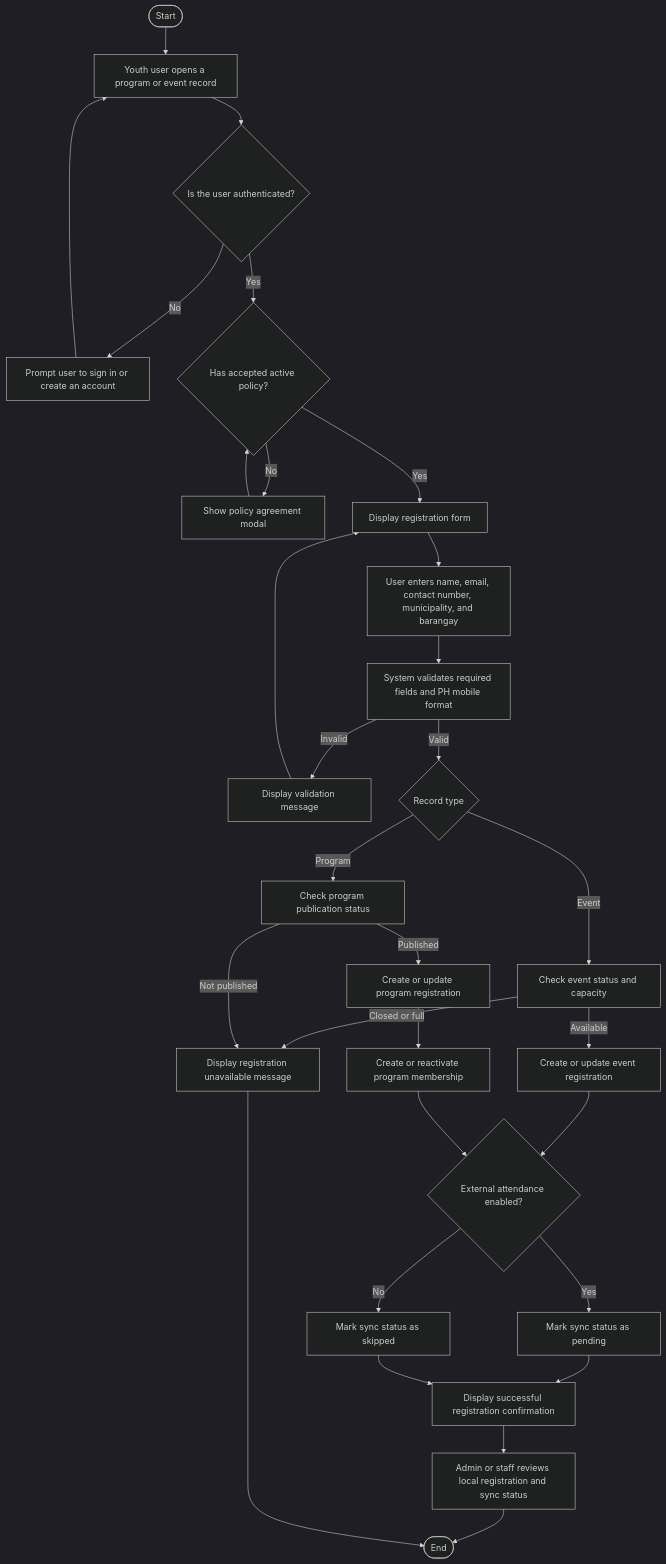
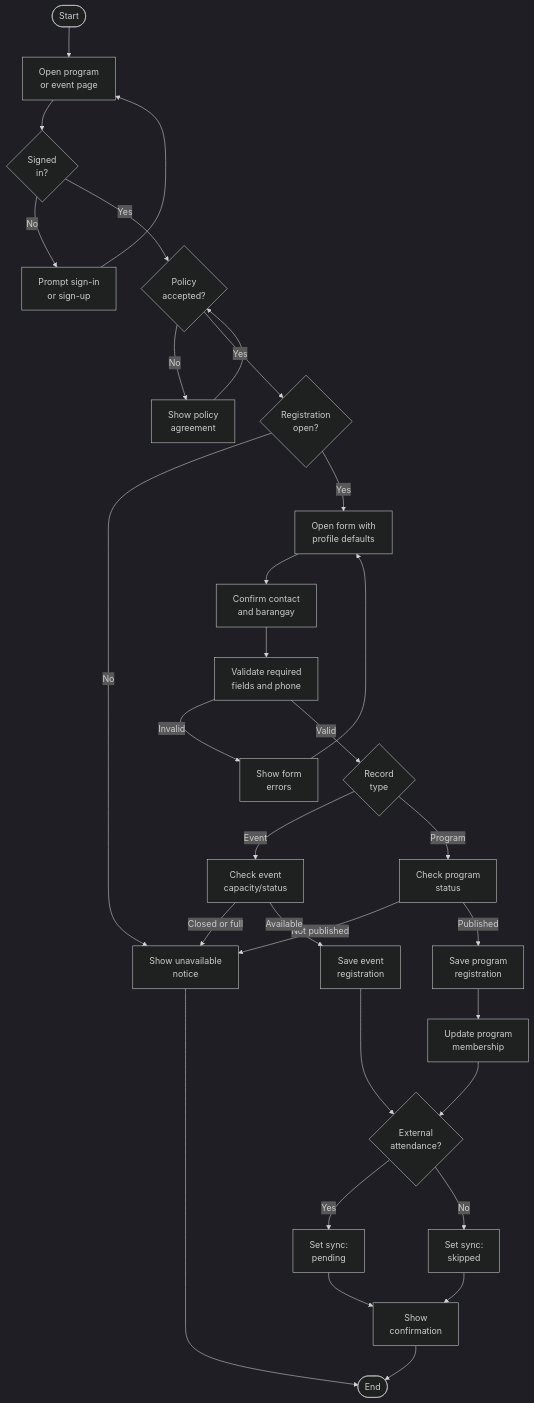
Before and after one commit to txiaoqt/lydo-connect-org-focused: the third of 7 diagrams in Methodology/3.2.1-Activity-Diagram.md, drawn with Mermaid (dark theme). The commit also changed other lines of this file and 5 other files, not shown here.

````diff
--- a/Methodology/3.2.1-Activity-Diagram.md
+++ b/Methodology/3.2.1-Activity-Diagram.md
@@ -30,32 +63,34 @@
 ```mermaid
+%%{init: {"flowchart": {"htmlLabels": true, "nodeSpacing": 45, "rankSpacing": 55}} }%%
 flowchart TD
-    A([Start]) --> B[Youth user opens a program or event record]
-    B --> C{Is the user authenticated?}
-    C -- No --> D[Prompt user to sign in or create an account]
+    A([Start]) --> B["Open program<br/>or event page"]
+    B --> C{"Signed<br/>in?"}
+    C -- No --> D["Prompt sign-in<br/>or sign-up"]
     D --> B
-    C -- Yes --> E{Has accepted active policy?}
-    E -- No --> F[Show policy agreement modal]
+    C -- Yes --> E{"Policy<br/>accepted?"}
+    E -- No --> F["Show policy<br/>agreement"]
     F --> E
-    E -- Yes --> G[Display registration form]
-    G --> H[User enters name, email, contact number, municipality, and barangay]
-    H --> I[System validates required fields and PH mobile format]
-    I -- Invalid --> J[Display validation message]
-    J --> G
-    I -- Valid --> K{Record type}
-    K -- Event --> L[Check event status and capacity]
-    K -- Program --> M[Check program publication status]
-    L -- Closed or full --> N[Display registration unavailable message]
-    M -- Not published --> N
-    L -- Available --> O[Create or update event registration]
-    M -- Published --> P[Create or update program registration]
-    P --> Q[Create or reactivate program membership]
-    O --> R{External attendance enabled?}
-    Q --> R
-    R -- Yes --> S[Mark sync status as pending]
-    R -- No --> T[Mark sync status as skipped]
-    S --> U[Display successful registration confirmation]
-    T --> U
-    U --> V[Admin or staff reviews local registration and sync status]
+    E -- Yes --> G{"Registration<br/>open?"}
+    G -- No --> H["Show unavailable<br/>notice"]
+    G -- Yes --> I["Open form with<br/>profile defaults"]
+    I --> J["Confirm contact<br/>and barangay"]
+    J --> K["Validate required<br/>fields and phone"]
+    K -- Invalid --> L["Show form<br/>errors"]
+    L --> I
+    K -- Valid --> M{"Record<br/>type"}
+    M -- Event --> N["Check event<br/>capacity/status"]
+    M -- Program --> O["Check program<br/>status"]
+    N -- Closed or full --> H
+    O -- Not published --> H
+    N -- Available --> P["Save event<br/>registration"]
+    O -- Published --> Q["Save program<br/>registration"]
+    Q --> R["Update program<br/>membership"]
+    P --> S{"External<br/>attendance?"}
+    R --> S
+    S -- Yes --> T["Set sync:<br/>pending"]
+    S -- No --> U["Set sync:<br/>skipped"]
+    T --> V["Show<br/>confirmation"]
+    U --> V
     V --> W([End])
-    N --> W
+    H --> W
 ```
````
